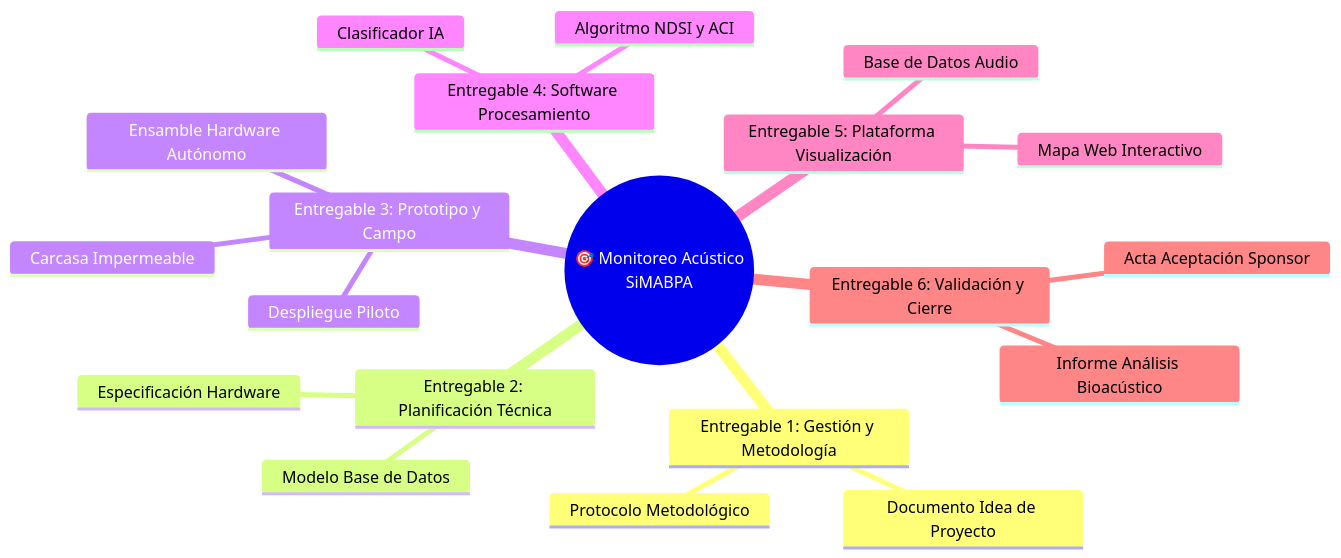
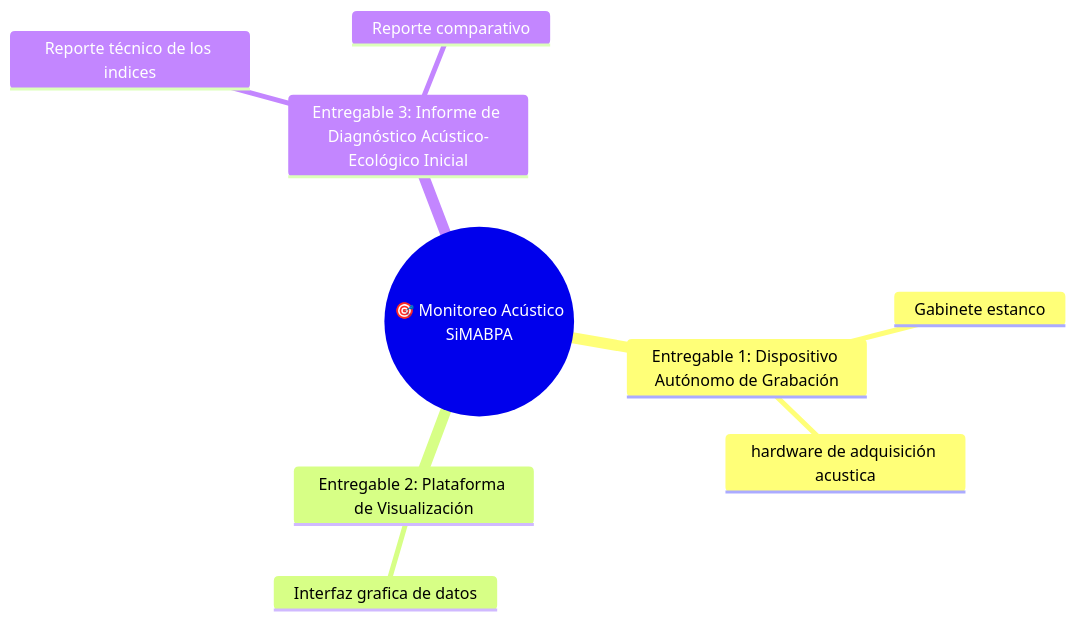
The diagram in entregables.md (fatimalunazzz/GestionProyecto), drawn with Mermaid before and after one commit. The commit also changed other lines of this file, not shown here.

Commit message:
actualizacion entregables.md
se actualiza el mapa mental de los entregables.

````diff
--- a/entregables.md
+++ b/entregables.md
@@ -5,24 +5,14 @@
 ```mermaid
 mindmap
   root((🎯 Monitoreo Acústico<br/>SiMABPA))
-    Entregable 1: Gestión y Metodología
-      Documento Idea de Proyecto
-      Protocolo Metodológico
-    Entregable 2: Planificación Técnica
-      Especificación Hardware
-      Modelo Base de Datos
-    Entregable 3: Prototipo y Campo
-      Ensamble Hardware Autónomo
-      Carcasa Impermeable
-      Despliegue Piloto
-    Entregable 4: Software Procesamiento
-      Clasificador IA
-      Algoritmo NDSI y ACI
-    Entregable 5: Plataforma Visualización
-      Base de Datos Audio
-      Mapa Web Interactivo
-    Entregable 6: Validación y Cierre
-      Informe Análisis Bioacústico
-      Acta Aceptación Sponsor
+    Entregable 1: Dispositivo Autónomo de Grabación
+      Gabinete estanco
+      hardware de adquisición acustica
+    Entregable 2: Plataforma de Visualización
+      Interfaz grafica de datos
+    Entregable 3: Informe de Diagnóstico Acústico-Ecológico Inicial
+      Reporte técnico de los indices
+      Reporte comparativo
+
 
 ```
````
